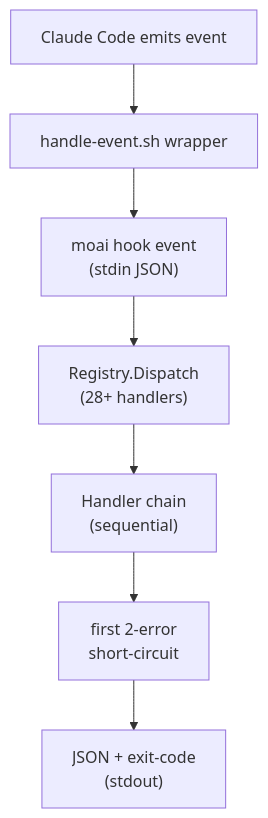
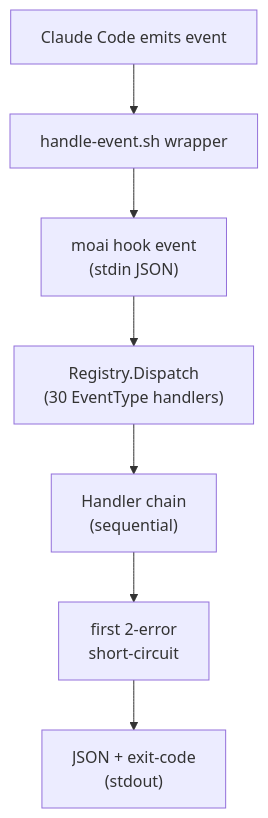
Before and after one commit to modu-ai/moai-adk: the third of 6 diagrams in .moai/project/codemaps/data-flow.md, drawn with Mermaid. The commit also changed other lines of this file and 8 other files, not shown here.

````diff
--- a/.moai/project/codemaps/data-flow.md
+++ b/.moai/project/codemaps/data-flow.md
@@ -70,17 +70,17 @@
 ```mermaid
 flowchart TD
     A["Claude Code emits event"]
     B["handle-event.sh wrapper"]
     C["moai hook event<br/>(stdin JSON)"]
-    D["Registry.Dispatch<br/>(28+ handlers)"]
+    D["Registry.Dispatch<br/>(30 EventType handlers)"]
     E["Handler chain<br/>(sequential)"]
     F["first 2-error<br/>short-circuit"]
     G["JSON + exit-code<br/>(stdout)"]
     
     A --> B
     B --> C
     C --> D
     D --> E
     E --> F
     F --> G
 ```
````
